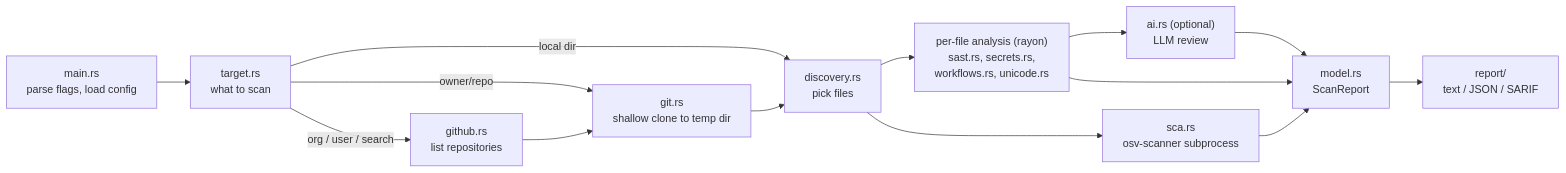
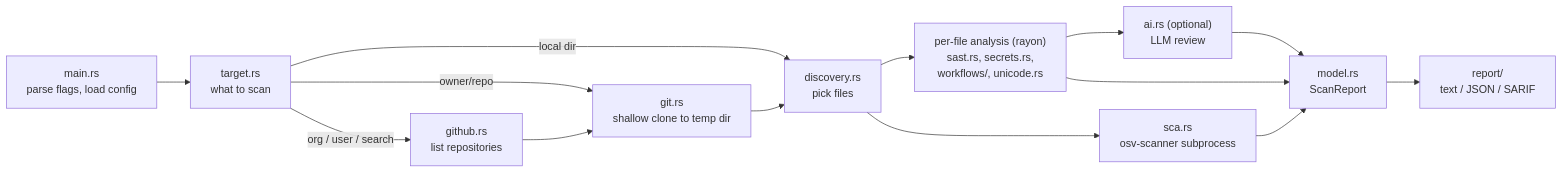
One commit to Divhanthelion/ghaudit changed the diagram in docs/ARCHITECTURE.md. Above: the diagram before and after it, drawn with Mermaid. The commit also changed other lines of this file and 32 other files, not shown here.

````diff
--- a/docs/ARCHITECTURE.md
+++ b/docs/ARCHITECTURE.md
@@ -8,15 +8,15 @@
 ```mermaid
 flowchart LR
     CLI["main.rs<br/>parse flags, load config"] --> T["target.rs<br/>what to scan"]
     T -->|local dir| D
     T -->|owner/repo| G["git.rs<br/>shallow clone to temp dir"]
     T -->|org / user / search| API["github.rs<br/>list repositories"] --> G
     G --> D["discovery.rs<br/>pick files"]
-    D --> L["per-file analysis (rayon)<br/>sast.rs, secrets.rs,<br/>workflows.rs, unicode.rs"]
+    D --> L["per-file analysis (rayon)<br/>sast.rs, secrets.rs,<br/>workflows/, unicode.rs"]
     D --> S["sca.rs<br/>osv-scanner subprocess"]
     L --> AI["ai.rs (optional)<br/>LLM review"]
     L --> R["model.rs<br/>ScanReport"]
     S --> R
     AI --> R
     R --> OUT["report/<br/>text / JSON / SARIF"]
 ```
````
